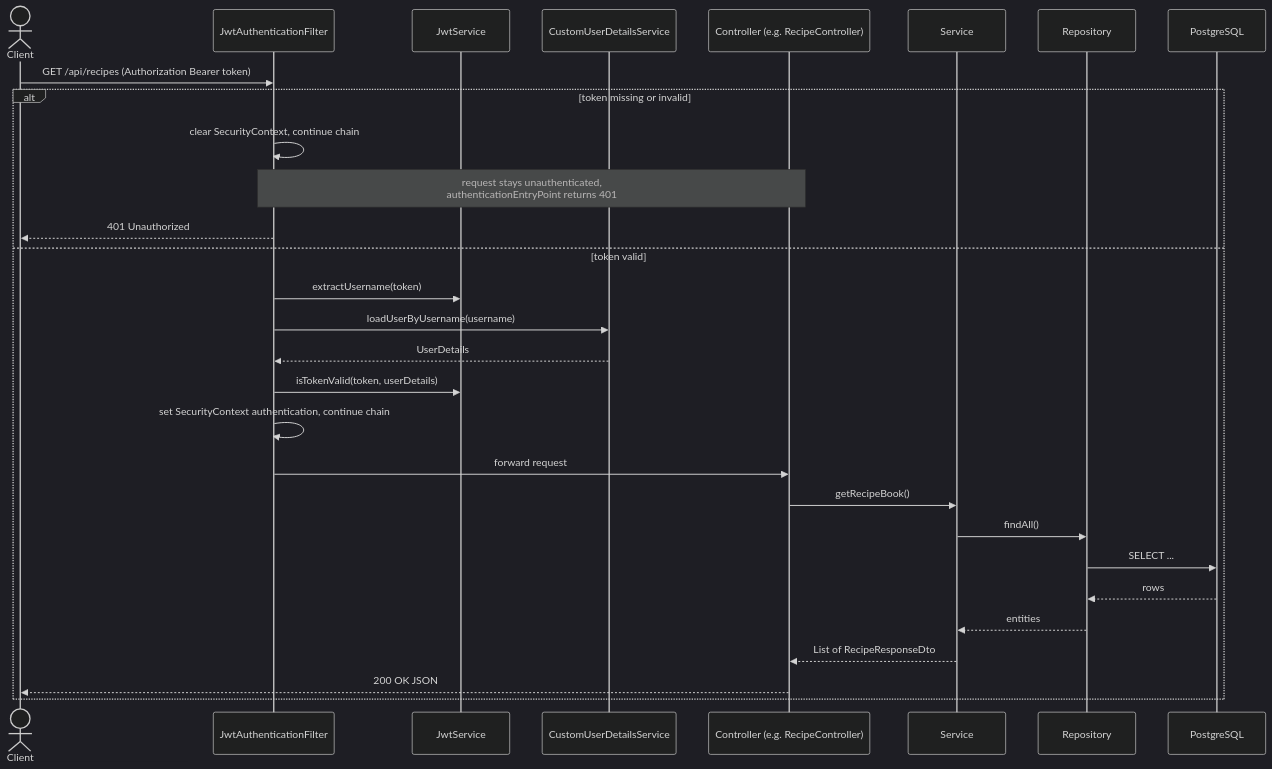
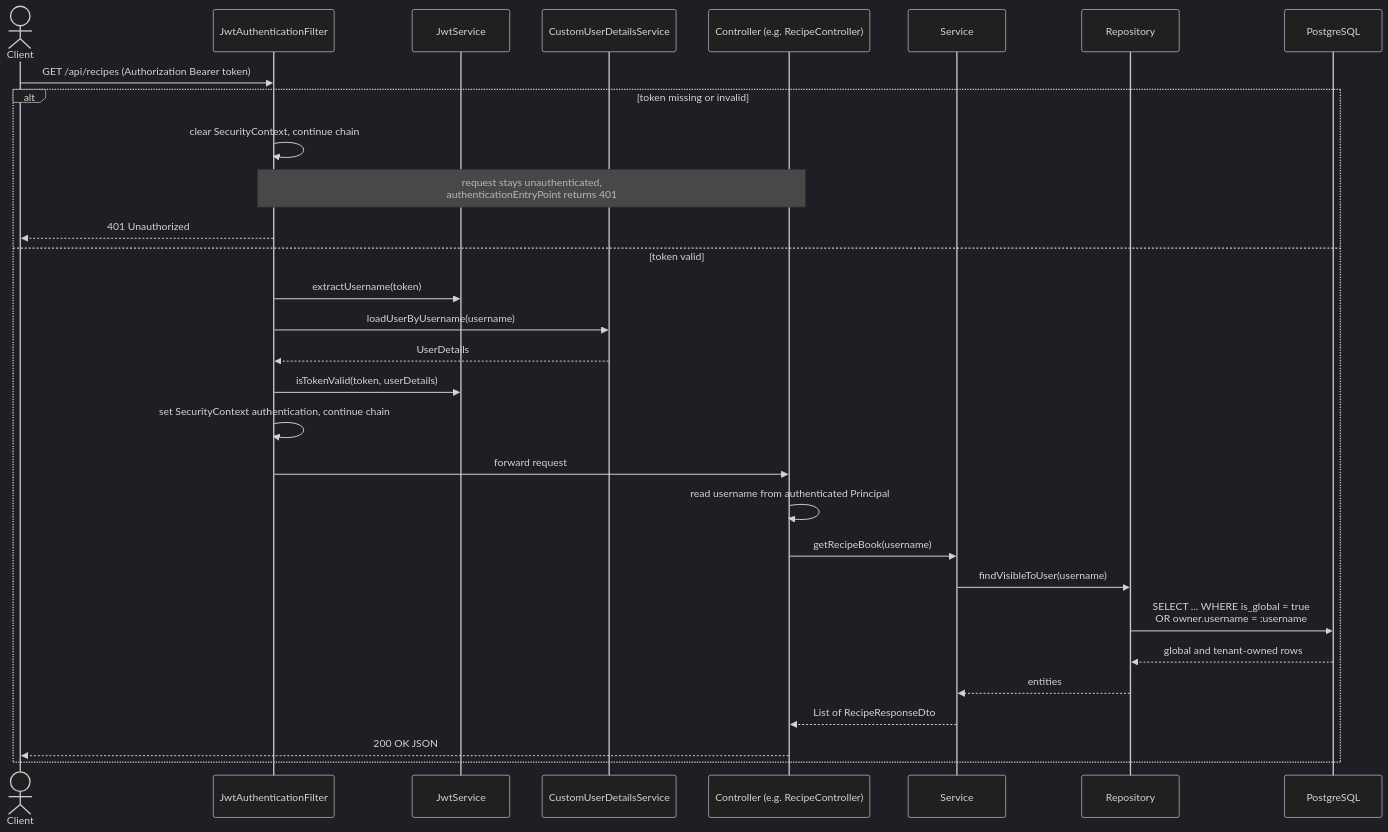
Before and after one commit to hsd-inflab/simple-meal-planner: the second of 2 diagrams in docs/diagrams/sequence-auth-jwt.md, drawn with Mermaid (dark theme). The commit also changed other lines of this file and 1 other file, not shown here.

Commit message:
docs: document tenant authorization rules

````diff
--- a/docs/diagrams/sequence-auth-jwt.md
+++ b/docs/diagrams/sequence-auth-jwt.md
@@ -40,32 +40,33 @@
 ```mermaid
 sequenceDiagram
     actor Client
     participant F as JwtAuthenticationFilter
     participant JWT as JwtService
     participant UDS as CustomUserDetailsService
     participant Ctrl as Controller (e.g. RecipeController)
     participant Svc as Service
     participant Repo as Repository
     participant DB as PostgreSQL
 
     Client->>F: GET /api/recipes (Authorization Bearer token)
     alt token missing or invalid
         F->>F: clear SecurityContext, continue chain
         Note over F,Ctrl: request stays unauthenticated,<br/>authenticationEntryPoint returns 401
         F-->>Client: 401 Unauthorized
     else token valid
         F->>JWT: extractUsername(token)
         F->>UDS: loadUserByUsername(username)
         UDS-->>F: UserDetails
         F->>JWT: isTokenValid(token, userDetails)
         F->>F: set SecurityContext authentication, continue chain
         F->>Ctrl: forward request
-        Ctrl->>Svc: getRecipeBook()
-        Svc->>Repo: findAll()
-        Repo->>DB: SELECT ...
-        DB-->>Repo: rows
+        Ctrl->>Ctrl: read username from authenticated Principal
+        Ctrl->>Svc: getRecipeBook(username)
+        Svc->>Repo: findVisibleToUser(username)
+        Repo->>DB: SELECT ... WHERE is_global = true<br/>OR owner.username = :username
+        DB-->>Repo: global and tenant-owned rows
         Repo-->>Svc: entities
         Svc-->>Ctrl: List of RecipeResponseDto
         Ctrl-->>Client: 200 OK JSON
     end
 ```
````
